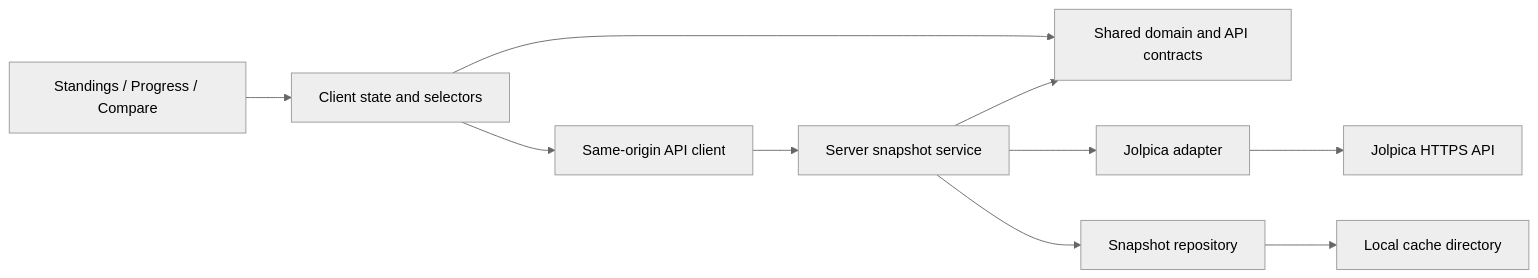
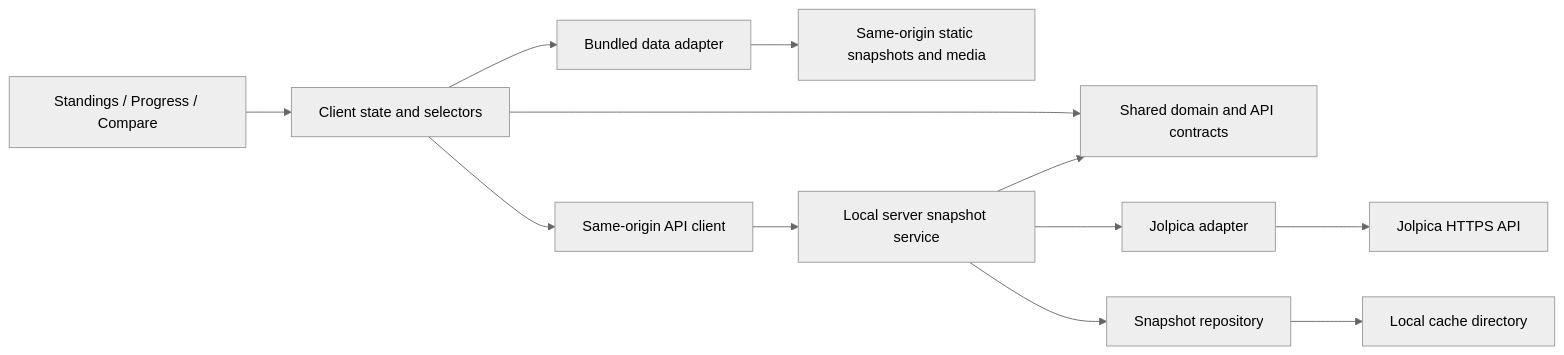
The diagram in _bmad-output/planning-artifacts/architecture/architecture-bmad-playground-2026-10-29/ARCHITECTURE-SPINE.md (ylegros/bmad-playground), drawn with Mermaid (neutral theme) before and after one commit. The commit also changed other lines of this file and 130 other files, not shown here.

Commit message:
feat: release F1 Pit Wall 0.2 with graphs and review corrections

````diff
--- a/_bmad-output/planning-artifacts/architecture/architecture-bmad-playground-2026-10-29/ARCHITECTURE-SPINE.md
+++ b/_bmad-output/planning-artifacts/architecture/architecture-bmad-playground-2026-10-29/ARCHITECTURE-SPINE.md
@@ -24,12 +28,14 @@
 ```mermaid
 flowchart LR
   UI[Standings / Progress / Compare] --> APP[Client state and selectors]
   APP --> DOMAIN[Shared domain and API contracts]
   APP --> API[Same-origin API client]
-  API --> SERVICE[Server snapshot service]
+  APP --> BUNDLE[Bundled data adapter]
+  BUNDLE --> STATIC[Same-origin static snapshots and media]
+  API --> SERVICE[Local server snapshot service]
   SERVICE --> DOMAIN
   SERVICE --> ADAPTER[Jolpica adapter]
   SERVICE --> CACHE[Snapshot repository]
   ADAPTER --> J[Jolpica HTTPS API]
   CACHE --> DISK[Local cache directory]
 ```
````
